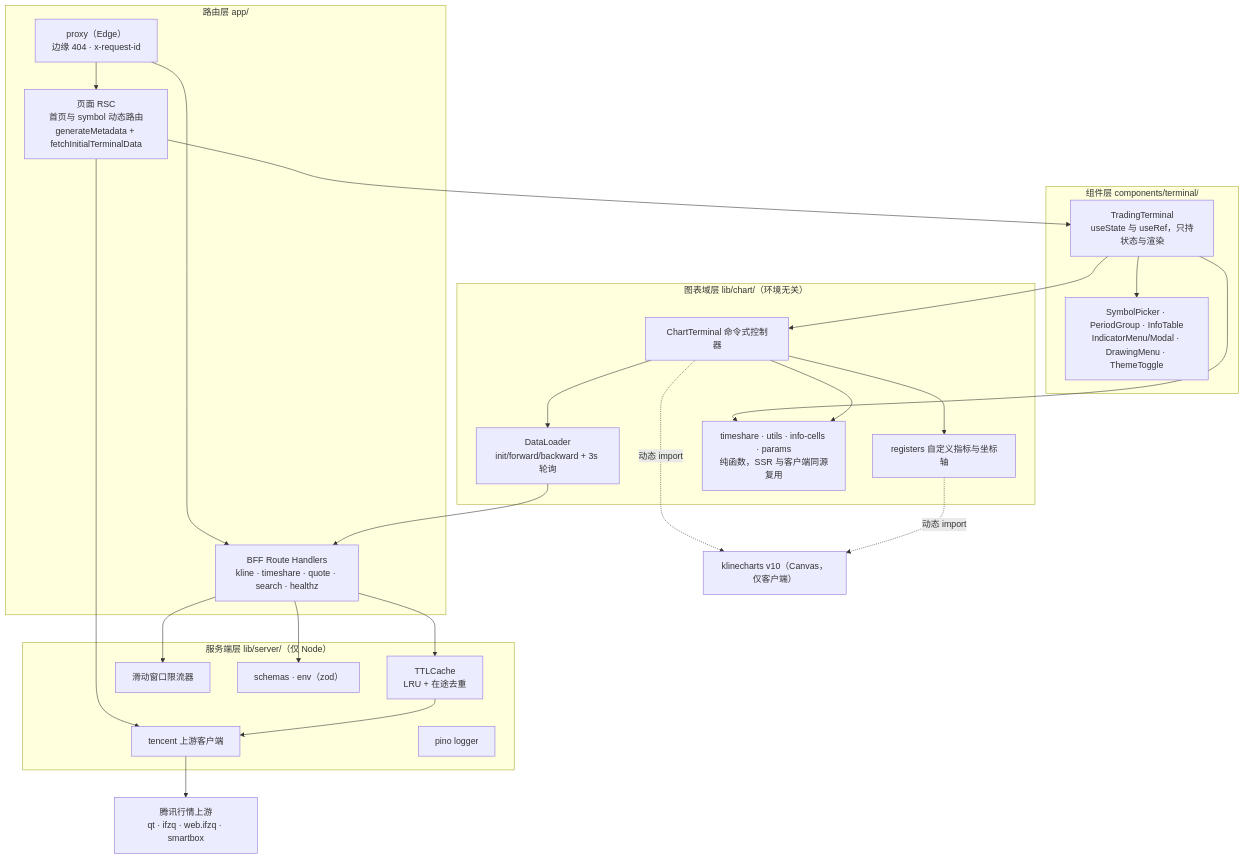
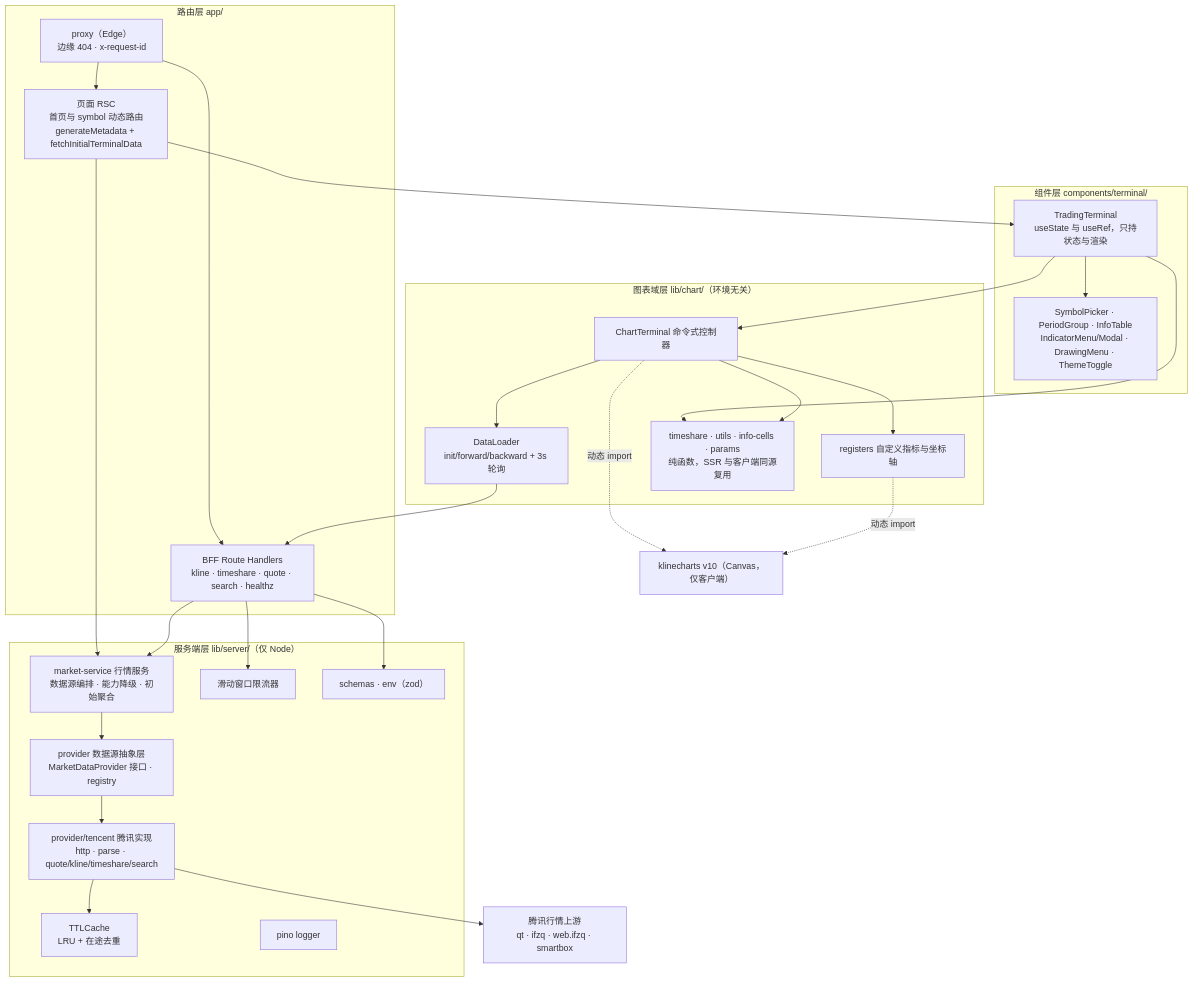
The second of 8 diagrams in docs/ARCHITECTURE.md (jaiden-home/preview-v10), drawn with Mermaid before and after one commit. The commit also changed other lines of this file and 30 other files, not shown here.

First line of the commit message:
refactor: decouple market data upstream behind provider abstraction

````diff
--- a/docs/ARCHITECTURE.md
+++ b/docs/ARCHITECTURE.md
@@ -105,46 +105,50 @@
 ```mermaid
 flowchart TD
     subgraph L1["路由层 app/"]
         MW["proxy（Edge）<br/>边缘 404 · x-request-id"]
         PAGES["页面 RSC<br/>首页与 symbol 动态路由<br/>generateMetadata + fetchInitialTerminalData"]
         API["BFF Route Handlers<br/>kline · timeshare · quote · search · healthz"]
     end
     subgraph L2["组件层 components/terminal/"]
         TT["TradingTerminal<br/>useState 与 useRef，只持状态与渲染"]
         SUB["SymbolPicker · PeriodGroup · InfoTable<br/>IndicatorMenu/Modal · DrawingMenu · ThemeToggle"]
     end
     subgraph L3["图表域层 lib/chart/（环境无关）"]
         CT["ChartTerminal 命令式控制器"]
         DL["DataLoader<br/>init/forward/backward + 3s 轮询"]
         REG["registers 自定义指标与坐标轴"]
         PURE["timeshare · utils · info-cells · params<br/>纯函数，SSR 与客户端同源复用"]
     end
     subgraph L4["服务端层 lib/server/（仅 Node）"]
-        TCT["tencent 上游客户端"]
+        MS["market-service 行情服务<br/>数据源编排 · 能力降级 · 初始聚合"]
+        PRV["provider 数据源抽象层<br/>MarketDataProvider 接口 · registry"]
+        TCT["provider/tencent 腾讯实现<br/>http · parse · quote/kline/timeshare/search"]
         CACHE["TTLCache<br/>LRU + 在途去重"]
         RL["滑动窗口限流器"]
         ZOD["schemas · env（zod）"]
         LOG["pino logger"]
     end
     KC["klinecharts v10（Canvas，仅客户端）"]
     UP["腾讯行情上游<br/>qt · ifzq · web.ifzq · smartbox"]
 
     MW --> PAGES
     MW --> API
     PAGES --> TT
-    PAGES --> TCT
+    PAGES --> MS
     API --> ZOD
     API --> RL
-    API --> CACHE
+    API --> MS
     TT --> SUB
     TT --> CT
     TT --> PURE
     CT --> DL
     CT --> REG
     CT --> PURE
     DL --> API
     CT -. 动态 import .-> KC
     REG -. 动态 import .-> KC
-    CACHE --> TCT
+    MS --> PRV
+    PRV --> TCT
+    TCT --> CACHE
     TCT --> UP
 ```
````
